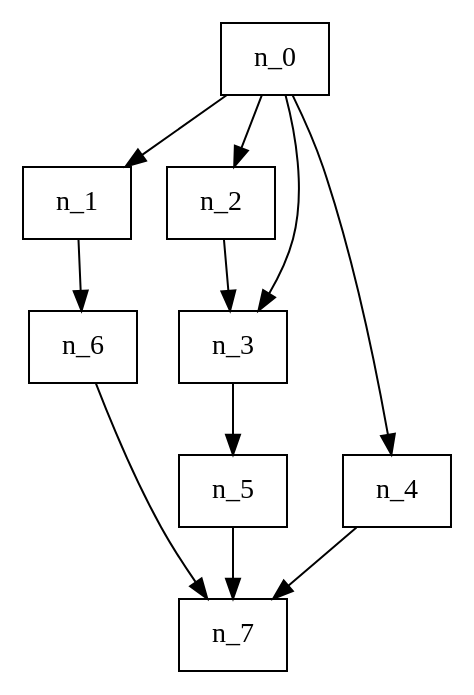
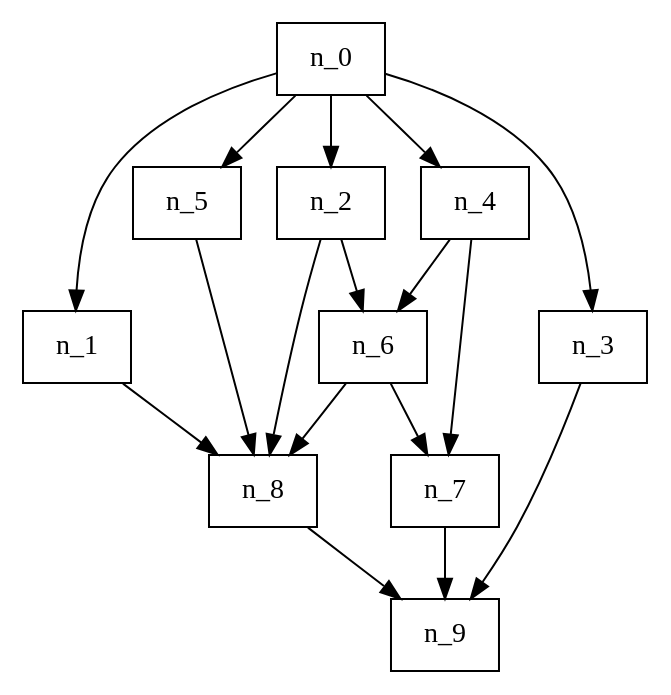
One commit to ctessler/libsched changed the diagram in ex/dtask-02.dot. Above: the diagram before and after it, drawn with Graphviz. The commit also changed 7 other files, not shown here.

```diff
--- a/ex/dtask-02.dot
+++ b/ex/dtask-02.dot
@@ -1,116 +1,150 @@
-strict digraph "Task{n=8,e=0.20}" {
-	graph [bb="0,0,217,324",
-		cpathlen=130,
-		deadline=130,
-		period=124,
+strict digraph "Task{n=10,e=0.20}" {
+	graph [bb="0,0,312,324",
+		collapsed=0,
+		cpathlen=104,
+		deadline=342,
+		period=342,
 		workload=205
 	];
 	node [distance=0,
 		factor=0,
 		label="\N",
 		marked=0,
 		object=0,
 		shape=rectangle,
 		threads=0,
 		visited=0,
 		wcet=0,
 		wcetone=0
 	];
-	n_0	 [distance=32,
-		factor=0.470393,
-		height=0.5,
-		object=1,
-		pos="126,306",
-		texlbl="${d:32, n_0 = \langle o_1, c_1:32, c(1):32, F:0.47 \rangle}$",
-		threads=1,
-		wcet=32,
-		wcetone=32,
-		width=0.75];
-	n_1	 [distance=58,
-		factor=0.193343,
+	n_0	 [distance=12,
+		factor=0.390984,
 		height=0.5,
 		object=2,
-		pos="27,234",
-		texlbl="${d:58, n_1 = \langle o_2, c_1:26, c(1):26, F:0.19 \rangle}$",
+		pos="154,306",
+		texlbl="${d:12, n_0 = \langle o_2, c_1:12, c(1):12, F:0.39 \rangle}$",
 		threads=1,
-		wcet=26,
-		wcetone=26,
+		wcet=12,
+		wcetone=12,
+		width=0.75];
+	n_1	 [distance=24,
+		factor=0.390984,
+		height=0.5,
+		object=2,
+		pos="27,162",
+		texlbl="${d:24, n_1 = \langle o_2, c_1:12, c(1):12, F:0.39 \rangle}$",
+		threads=1,
+		wcet=12,
+		wcetone=12,
 		width=0.75];
 	n_0 -> n_1 [key="n_0 -> n_1",
-	pos="e,51.974,252.16 101.02,287.83 88.707,278.88 73.689,267.96 60.406,258.3"];
-n_2 [distance=64,
-	factor=0.470393,
+	pos="e,26.39,180.13 126.59,299.57 101.72,292.27 65.988,277.88 46,252 32.474,234.49 28.024,209.56 26.788,190.38"];
+n_2 [distance=27,
+	factor=0.668321,
 	height=0.5,
 	object=1,
-	pos="99,234",
-	texlbl="${d:64, n_2 = \langle o_1, c_1:32, c(1):32, F:0.47 \rangle}$",
+	pos="154,234",
+	texlbl="${d:27, n_2 = \langle o_1, c_1:15, c(1):15, F:0.67 \rangle}$",
 	threads=1,
-	wcet=32,
-	wcetone=32,
+	wcet=15,
+	wcetone=15,
 	width=0.75];
 n_0 -> n_2 [key="n_0 -> n_2",
-pos="e,105.9,252.41 119.19,287.83 116.24,279.96 112.71,270.57 109.44,261.85"];
-n_3 [distance=81,
-factor=0.333014,
+pos="e,154,252.41 154,287.83 154,280.13 154,270.97 154,262.42"];
+n_3 [distance=24,
+factor=0.390984,
 height=0.5,
-pos="108,162",
-texlbl="${d:81, n_3 = \langle o_0, c_1:17, c(1):17, F:0.33 \rangle}$",
+object=2,
+pos="285,162",
+texlbl="${d:24, n_3 = \langle o_2, c_1:12, c(1):12, F:0.39 \rangle}$",
 threads=1,
-wcet=17,
-wcetone=17,
+wcet=12,
+wcetone=12,
 width=0.75];
 n_0 -> n_3 [key="n_0 -> n_3",
-pos="e,119.75,180.18 131.28,287.84 135.81,269.5 140.77,240.45 135,216 132.83,206.81 128.84,197.4 124.59,189.06"];
-n_4 [distance=49,
-factor=0.333014,
+pos="e,284.68,180.18 181.17,299.37 205.86,291.94 241.47,277.46 262,252 276.09,234.52 281.66,209.44 283.81,190.19"];
+n_4 [distance=24,
+factor=0.390984,
 height=0.5,
-pos="190,162",
-texlbl="${d:49, n_4 = \langle o_0, c_1:17, c(1):17, F:0.33 \rangle}$",
+object=2,
+pos="226,234",
+texlbl="${d:24, n_4 = \langle o_2, c_1:12, c(1):12, F:0.39 \rangle}$",
 threads=1,
-wcet=17,
-wcetone=17,
+wcet=12,
+wcetone=12,
 width=0.75];
 n_0 -> n_4 [key="n_0 -> n_4",
-pos="e,181.96,180.09 134.11,287.76 145.12,262.98 164.9,218.47 177.74,189.59"];
-n_6 [distance=90,
-factor=0.470393,
+pos="e,207.59,252.41 172.17,287.83 180.72,279.28 191.06,268.94 200.38,259.62"];
+n_5 [distance=27,
+factor=0.668321,
 height=0.5,
 object=1,
-pos="35,90",
-texlbl="${d:90, n_6 = \langle o_1, c_1:32, c(1):32, F:0.47 \rangle}$",
+pos="82,234",
+texlbl="${d:27, n_5 = \langle o_1, c_1:15, c(1):15, F:0.67 \rangle}$",
 threads=1,
-wcet=32,
-wcetone=32,
+wcet=15,
+wcetone=15,
 width=0.75];
-n_1 -> n_6 [key="n_1 -> n_6",
-pos="e,33.995,108.09 28.013,215.76 29.378,191.2 31.82,147.25 33.425,118.35"];
-n_2 -> n_3 [key="n_2 -> n_3",
-pos="e,105.7,180.41 101.27,215.83 102.23,208.13 103.38,198.97 104.45,190.42"];
-n_5 [distance=98,
-factor=0.333014,
+n_0 -> n_5 [key="n_0 -> n_5",
+pos="e,100.41,252.41 135.83,287.83 127.28,279.28 116.94,268.94 107.62,259.62"];
+n_8 [distance=89,
+factor=0.197746,
 height=0.5,
-pos="108,90",
-texlbl="${d:98, n_5 = \langle o_0, c_1:17, c(1):17, F:0.33 \rangle}$",
+pos="120,90",
+texlbl="${d:89, n_8 = \langle o_0, c_1:50, c(1):50, F:0.20 \rangle}$",
 threads=1,
-wcet=17,
-wcetone=17,
+wcet=50,
+wcetone=50,
 width=0.75];
-n_3 -> n_5 [key="n_3 -> n_5",
-pos="e,108,108.41 108,143.83 108,136.13 108,126.97 108,118.42"];
-n_7 [distance=130,
-factor=0.470393,
+n_1 -> n_8 [key="n_1 -> n_8",
+pos="e,96.54,108.16 50.468,143.83 62.033,134.88 76.14,123.96 88.618,114.3"];
+n_2 -> n_8 [key="n_2 -> n_8",
+pos="e,123.45,108 148.57,215.58 145.59,205.18 141.91,191.91 139,180 133.96,159.35 129.02,135.84 125.44,118.03"];
+n_6 [distance=39,
+factor=0.390984,
+height=0.5,
+object=2,
+pos="175,162",
+texlbl="${d:39, n_6 = \langle o_2, c_1:12, c(1):12, F:0.39 \rangle}$",
+threads=1,
+wcet=12,
+wcetone=12,
+width=0.75];
+n_2 -> n_6 [key="n_2 -> n_6",
+pos="e,169.63,180.41 159.3,215.83 161.57,208.05 164.27,198.77 166.79,190.13"];
+n_9 [distance=104,
+factor=0.668321,
 height=0.5,
 object=1,
-pos="108,18",
-texlbl="${d:130, n_7 = \langle o_1, c_1:32, c(1):32, F:0.47 \rangle}$",
+pos="211,18",
+texlbl="${d:104, n_9 = \langle o_1, c_1:15, c(1):15, F:0.67 \rangle}$",
 threads=1,
-wcet=32,
-wcetone=32,
+wcet=15,
+wcetone=15,
+width=0.75];
+n_3 -> n_9 [key="n_3 -> n_9",
+pos="e,224.56,36.452 278.53,143.95 271.64,125.44 259.94,96.045 247,72 242.09,62.869 236.05,53.324 230.34,44.843"];
+n_4 -> n_6 [key="n_4 -> n_6",
+pos="e,188.04,180.41 213.13,215.83 207.32,207.62 200.33,197.76 193.94,188.73"];
+n_7 [distance=89,
+factor=0.197746,
+height=0.5,
+pos="211,90",
+texlbl="${d:89, n_7 = \langle o_0, c_1:50, c(1):50, F:0.20 \rangle}$",
+threads=1,
+wcet=50,
+wcetone=50,
 width=0.75];
 n_4 -> n_7 [key="n_4 -> n_7",
-pos="e,120.87,36.158 181.44,143.74 172.62,125.32 158.2,96.221 144,72 138.67,62.91 132.43,53.255 126.66,44.662"];
+pos="e,212.88,108.09 224.1,215.76 221.54,191.2 216.96,147.25 213.95,118.35"];
+n_5 -> n_8 [key="n_5 -> n_8",
+pos="e,115.23,108.09 86.813,215.76 93.323,191.09 105,146.86 112.62,117.97"];
+n_8 -> n_9 [key="n_8 -> n_9",
+pos="e,188.04,36.163 142.96,71.831 154.17,62.963 167.82,52.164 179.94,42.572"];
+n_6 -> n_8 [key="n_6 -> n_8",
+pos="e,134.07,108.41 161.12,143.83 154.79,135.54 147.16,125.56 140.21,116.45"];
 n_6 -> n_7 [key="n_6 -> n_7",
-pos="e,89.585,36.163 53.421,71.831 62.153,63.219 72.732,52.785 82.242,43.405"];
-n_5 -> n_7 [key="n_5 -> n_7",
-pos="e,108,36.413 108,71.831 108,64.131 108,54.974 108,46.417"];
+pos="e,201.79,108.41 184.08,143.83 188.06,135.88 192.82,126.37 197.21,117.57"];
+n_7 -> n_9 [key="n_7 -> n_9",
+pos="e,211,36.413 211,71.831 211,64.131 211,54.974 211,46.417"];
 }
```
